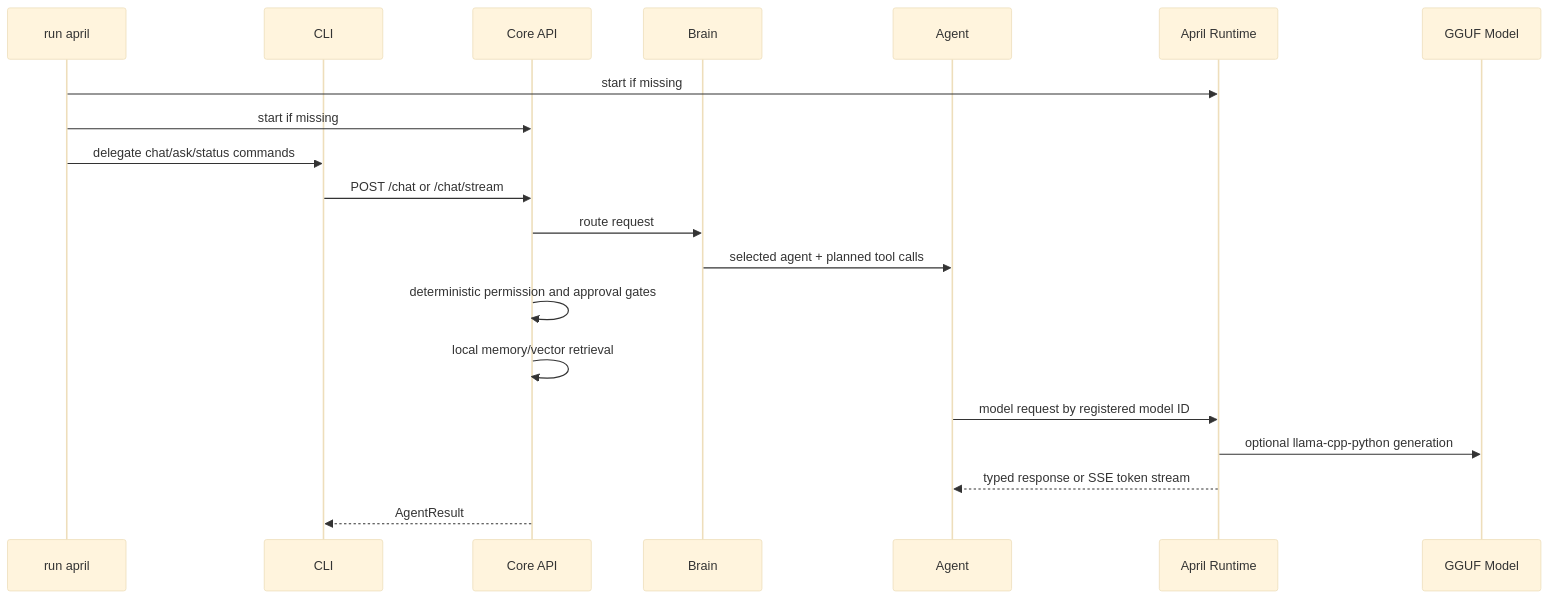
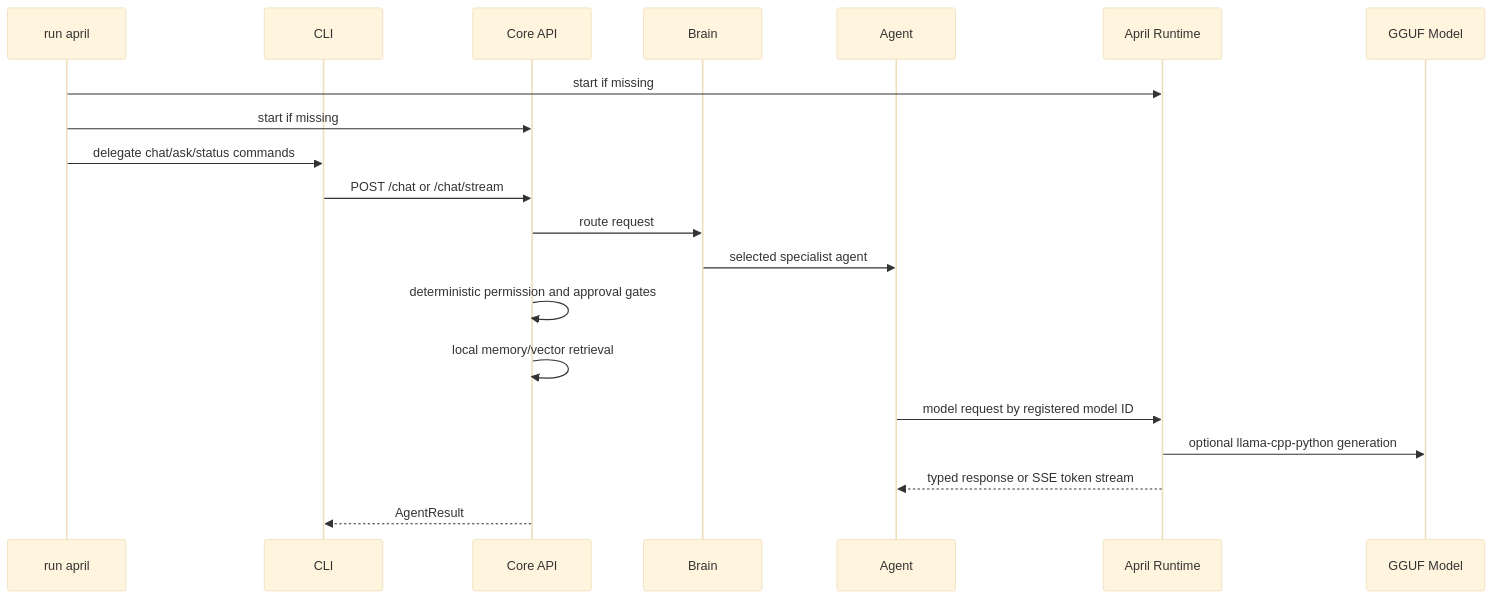
Before and after one commit to Demonhari/april: the diagram in docs/architecture.md, drawn with Mermaid (base theme). The commit also changed other lines of this file and 31 other files, not shown here.

````diff
--- a/docs/architecture.md
+++ b/docs/architecture.md
@@ -5,23 +5,23 @@
 ```mermaid
 sequenceDiagram
   participant Run as run april
   participant CLI
   participant API as Core API
   participant Brain
   participant Agent
   participant Runtime as April Runtime
   participant Model as GGUF Model
 
   Run->>Runtime: start if missing
   Run->>API: start if missing
   Run->>CLI: delegate chat/ask/status commands
   CLI->>API: POST /chat or /chat/stream
   API->>Brain: route request
-  Brain->>Agent: selected agent + planned tool calls
+  Brain->>Agent: selected specialist agent
   API->>API: deterministic permission and approval gates
   API->>API: local memory/vector retrieval
   Agent->>Runtime: model request by registered model ID
   Runtime->>Model: optional llama-cpp-python generation
   Runtime-->>Agent: typed response or SSE token stream
   API-->>CLI: AgentResult
 ```
````
